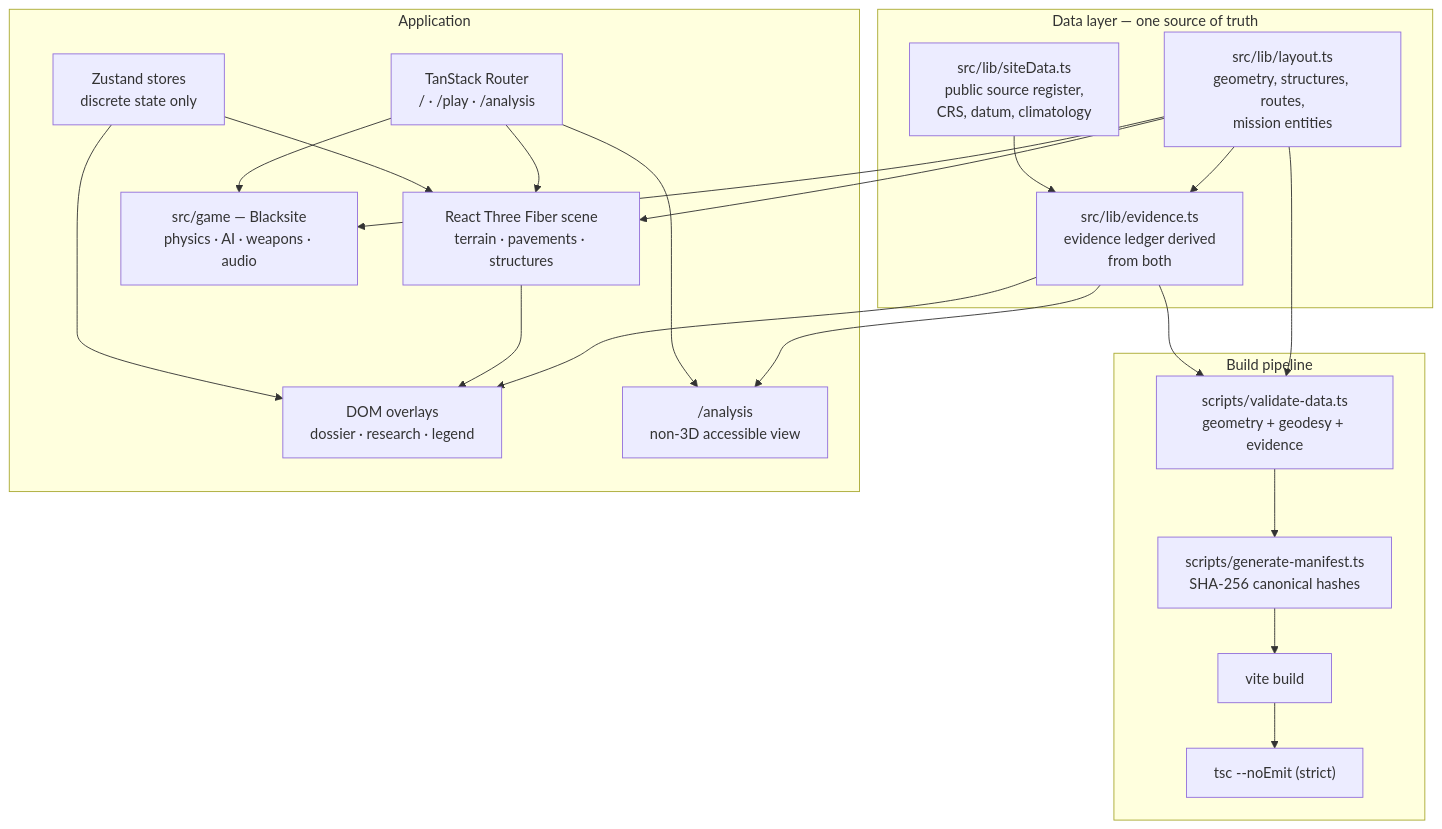
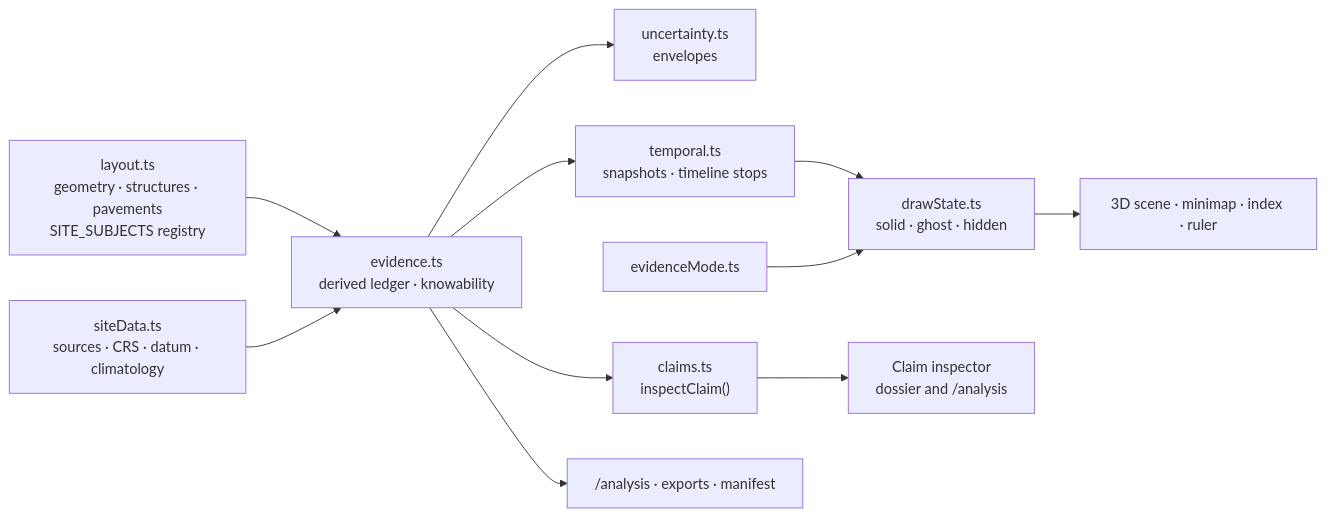
The second of 4 diagrams in docs/SYSTEM_ARCHITECTURE.md (topherchris420/lop-nur-twin), drawn with Mermaid before and after one commit. The commit also changed other lines of this file and 20 other files, not shown here.

````diff
--- a/docs/SYSTEM_ARCHITECTURE.md
+++ b/docs/SYSTEM_ARCHITECTURE.md
@@ -21,40 +74,13 @@
 ```mermaid
-flowchart TB
-  subgraph data["Data layer — one source of truth"]
-    layout["src/lib/layout.ts<br/>geometry, structures, routes,<br/>mission entities"]
-    site["src/lib/siteData.ts<br/>public source register,<br/>CRS, datum, climatology"]
-    evidence["src/lib/evidence.ts<br/>evidence ledger derived<br/>from both"]
-  end
-
-  subgraph pipeline["Build pipeline"]
-    validate["scripts/validate-data.ts<br/>geometry + geodesy + evidence"]
-    manifestgen["scripts/generate-manifest.ts<br/>SHA-256 canonical hashes"]
-    vite["vite build"]
-    tsc["tsc --noEmit (strict)"]
-  end
-
-  subgraph app["Application"]
-    router["TanStack Router<br/>/ · /play · /analysis"]
-    stores["Zustand stores<br/>discrete state only"]
-    scene["React Three Fiber scene<br/>terrain · pavements · structures"]
-    hud["DOM overlays<br/>dossier · research · legend"]
-    game["src/game — Blacksite<br/>physics · AI · weapons · audio"]
-    table["/analysis<br/>non-3D accessible view"]
-  end
-
-  layout --> evidence
-  site --> evidence
-  layout --> validate
-  evidence --> validate
-  validate --> manifestgen --> vite --> tsc
-  evidence --> hud
-  evidence --> table
-  layout --> scene
-  layout --> game
-  scene --> hud
-  router --> scene
-  router --> game
-  router --> table
-  stores --> scene
-  stores --> hud
+flowchart LR
+  layout["layout.ts<br/>geometry · structures · pavements<br/>SITE_SUBJECTS registry"] --> ledger
+  site["siteData.ts<br/>sources · CRS · datum · climatology"] --> ledger
+  ledger["evidence.ts<br/>derived ledger · knowability"] --> unc["uncertainty.ts<br/>envelopes"]
+  ledger --> temporal["temporal.ts<br/>snapshots · timeline stops"]
+  ledger --> claims["claims.ts<br/>inspectClaim()"]
+  temporal --> draw["drawState.ts<br/>solid · ghost · hidden"]
+  mode["evidenceMode.ts"] --> draw
+  draw --> scene["3D scene · minimap · index · ruler"]
+  claims --> inspector["Claim inspector<br/>dossier and /analysis"]
+  ledger --> analysis["/analysis · exports · manifest"]
 ```
````
